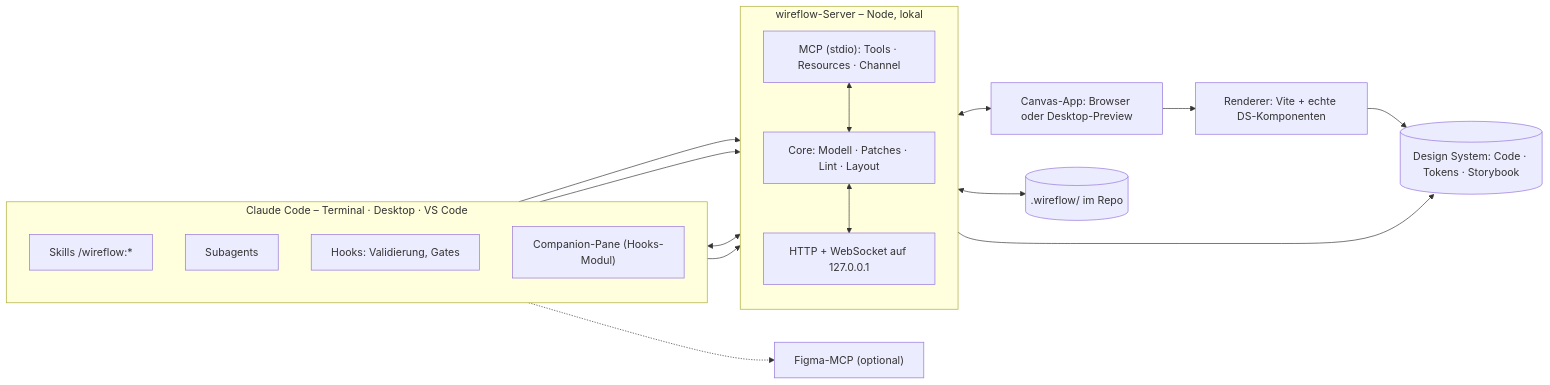
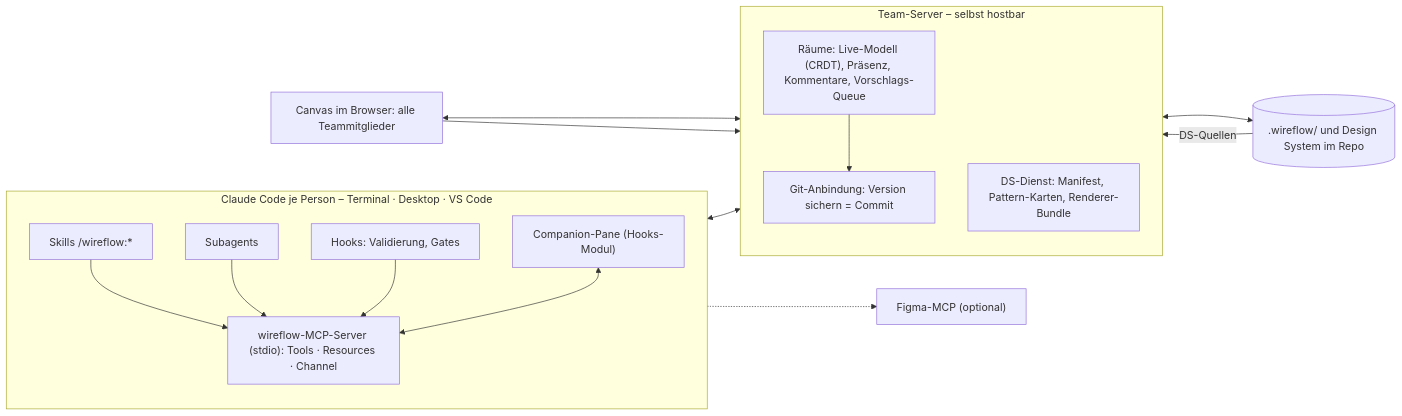
The second of 5 diagrams in concepts/wireflow-studio/README.md (Arcade1080/awesome-uxe), drawn with Mermaid before and after one commit. The commit also changed other lines of this file and 1 other file, not shown here.

First line of the commit message:
Konzept: Design System als Kern, gemeinsamer Team-Canvas

````diff
--- a/concepts/wireflow-studio/README.md
+++ b/concepts/wireflow-studio/README.md
@@ -320,34 +335,32 @@
 ```mermaid
 flowchart LR
-  subgraph CC["Claude Code – Terminal · Desktop · VS Code"]
+  subgraph CC["Claude Code je Person – Terminal · Desktop · VS Code"]
     direction TB
     SK["Skills /wireflow:*"]
     AG["Subagents"]
     HK["Hooks: Validierung, Gates"]
     PN["Companion-Pane (Hooks-Modul)"]
+    MCP["wireflow-MCP-Server (stdio): Tools · Resources · Channel"]
   end
-  subgraph SRV["wireflow-Server – Node, lokal"]
+  subgraph TS["Team-Server – selbst hostbar"]
     direction TB
-    MCP["MCP (stdio): Tools · Resources · Channel"]
-    CORE["Core: Modell · Patches · Lint · Layout"]
-    WEB["HTTP + WebSocket auf 127.0.0.1"]
+    ROOM["Räume: Live-Modell (CRDT), Präsenz, Kommentare, Vorschlags-Queue"]
+    DSS["DS-Dienst: Manifest, Pattern-Karten, Renderer-Bundle"]
+    GIT["Git-Anbindung: Version sichern = Commit"]
   end
-  CAN["Canvas-App: Browser oder Desktop-Preview"]
-  REN["Renderer: Vite + echte DS-Komponenten"]
-  FS[(".wireflow/ im Repo")]
-  DS[("Design System: Code · Tokens · Storybook")]
+  BR["Canvas im Browser: alle Teammitglieder"]
+  REPO[(".wireflow/ und Design System im Repo")]
   FIG["Figma-MCP (optional)"]
 
   SK --> MCP
   AG --> MCP
+  HK --> MCP
   PN <--> MCP
-  HK --> CORE
-  MCP <--> CORE
-  CORE <--> FS
-  CORE <--> WEB
-  WEB <--> CAN
-  CAN --> REN
-  REN --> DS
-  CORE --> DS
+  MCP <--> ROOM
+  BR <--> ROOM
+  BR --> DSS
+  ROOM --> GIT
+  GIT <--> REPO
+  REPO -- "DS-Quellen" --> DSS
   AG -.-> FIG
 ```
````
